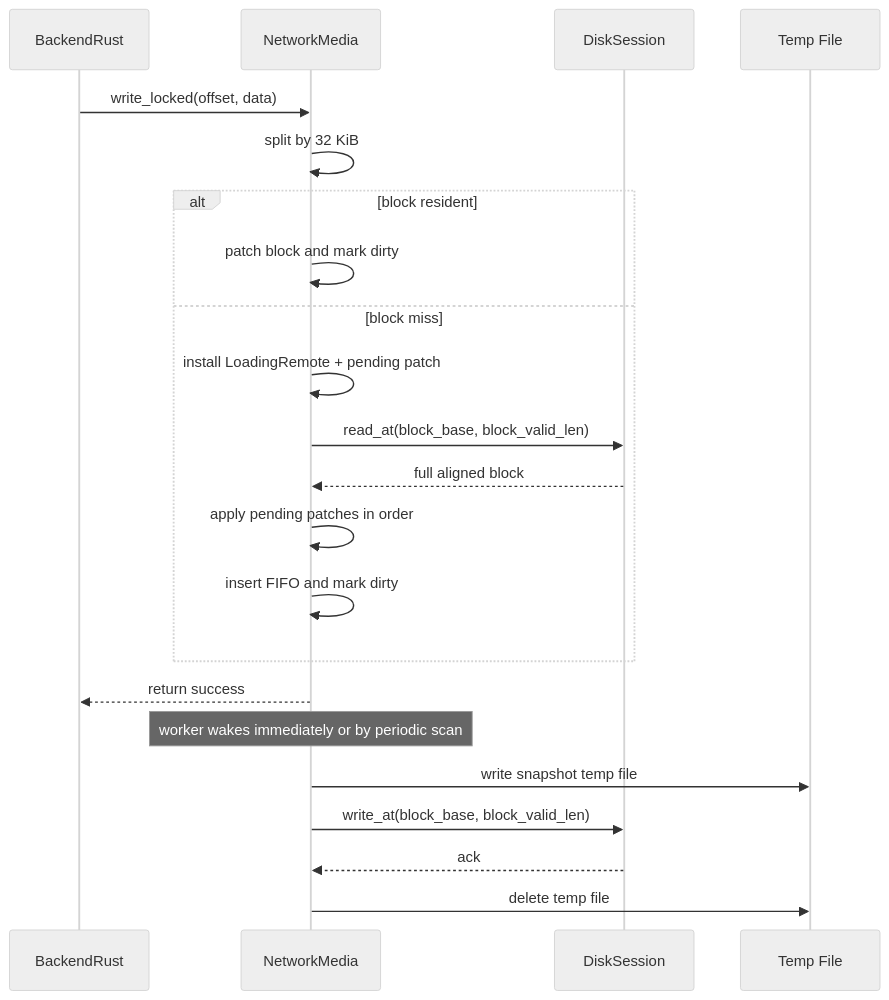
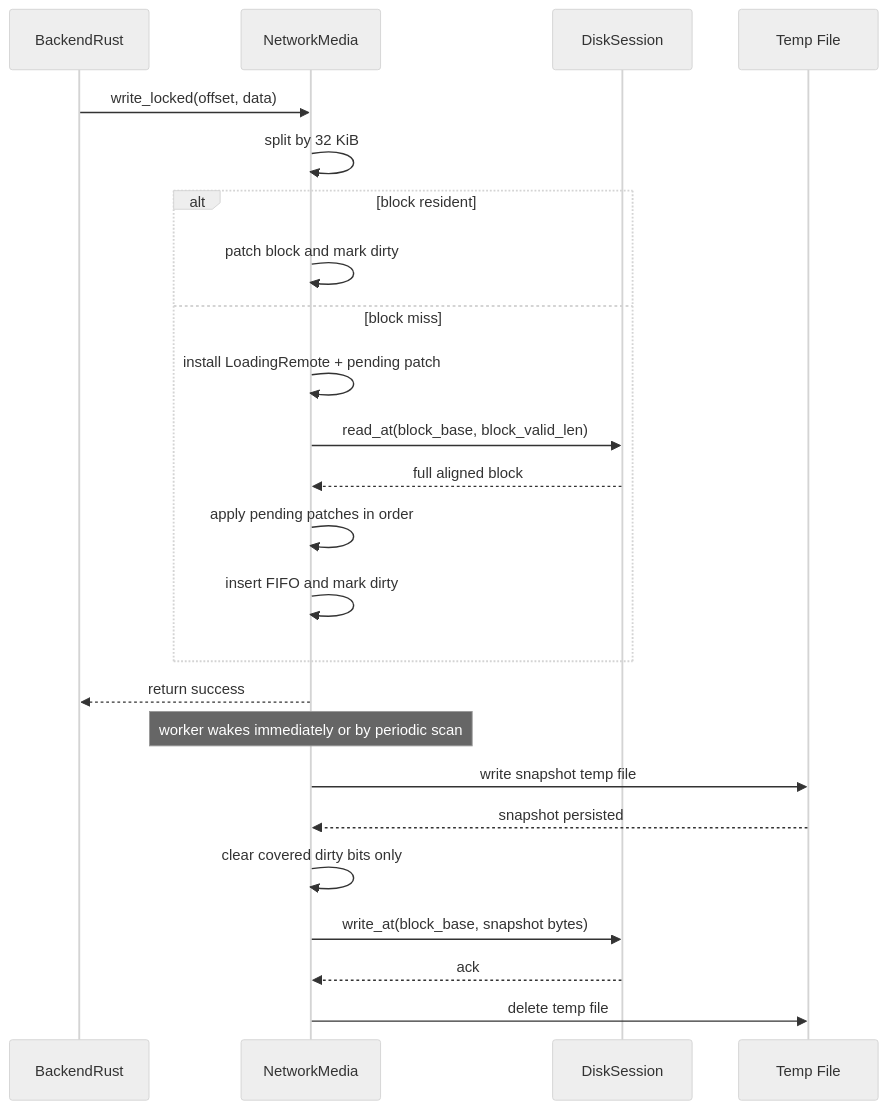
The second of 3 diagrams in docs/tmp/network-media-cache-draft.md (Zightch/yumedisk), drawn with Mermaid (neutral theme) before and after one commit. The commit also changed other lines of this file, not shown here.

````diff
--- a/docs/tmp/network-media-cache-draft.md
+++ b/docs/tmp/network-media-cache-draft.md
@@ -1057,26 +1128,28 @@
 ```mermaid
 sequenceDiagram
     participant AK as BackendRust
     participant NM as NetworkMedia
     participant DS as DiskSession
     participant TMP as Temp File
 
     AK->>NM: write_locked(offset, data)
     NM->>NM: split by 32 KiB
     alt block resident
         NM->>NM: patch block and mark dirty
     else block miss
         NM->>NM: install LoadingRemote + pending patch
         NM->>DS: read_at(block_base, block_valid_len)
         DS-->>NM: full aligned block
         NM->>NM: apply pending patches in order
         NM->>NM: insert FIFO and mark dirty
     end
     NM-->>AK: return success
 
     Note over NM: worker wakes immediately or by periodic scan
     NM->>TMP: write snapshot temp file
-    NM->>DS: write_at(block_base, block_valid_len)
+    TMP-->>NM: snapshot persisted
+    NM->>NM: clear covered dirty bits only
+    NM->>DS: write_at(block_base, snapshot bytes)
     DS-->>NM: ack
     NM->>TMP: delete temp file
 ```
````
